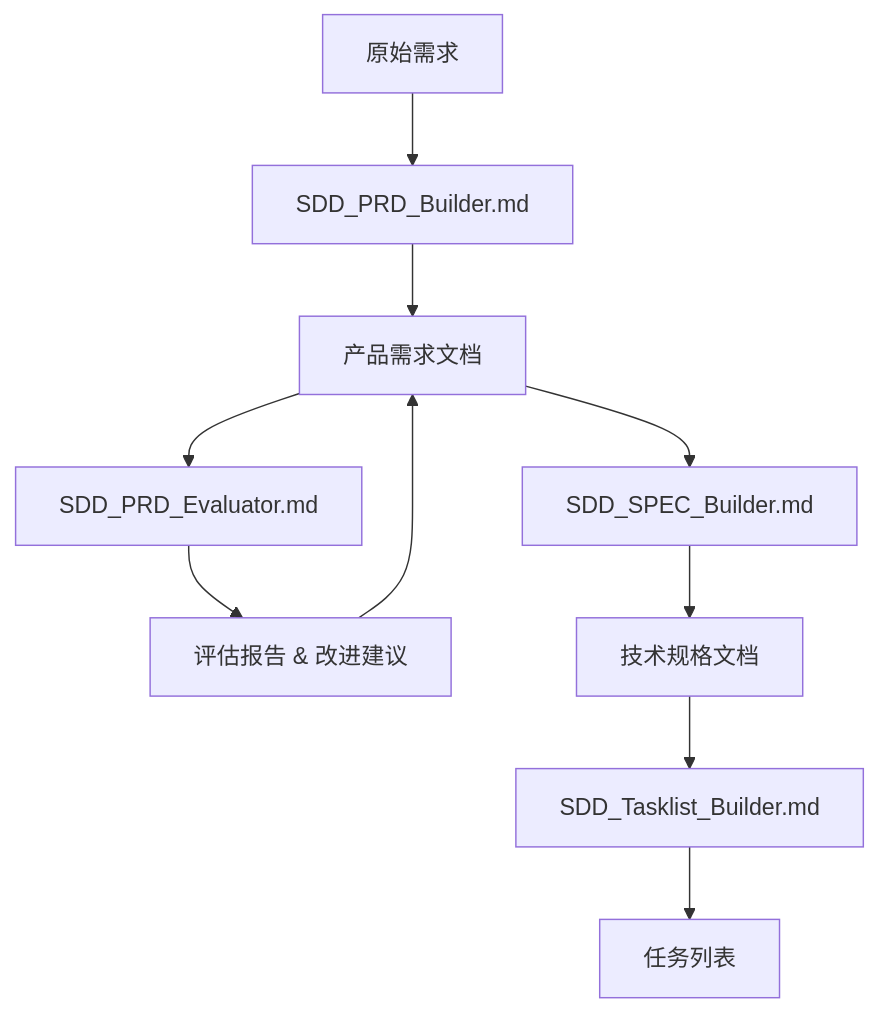
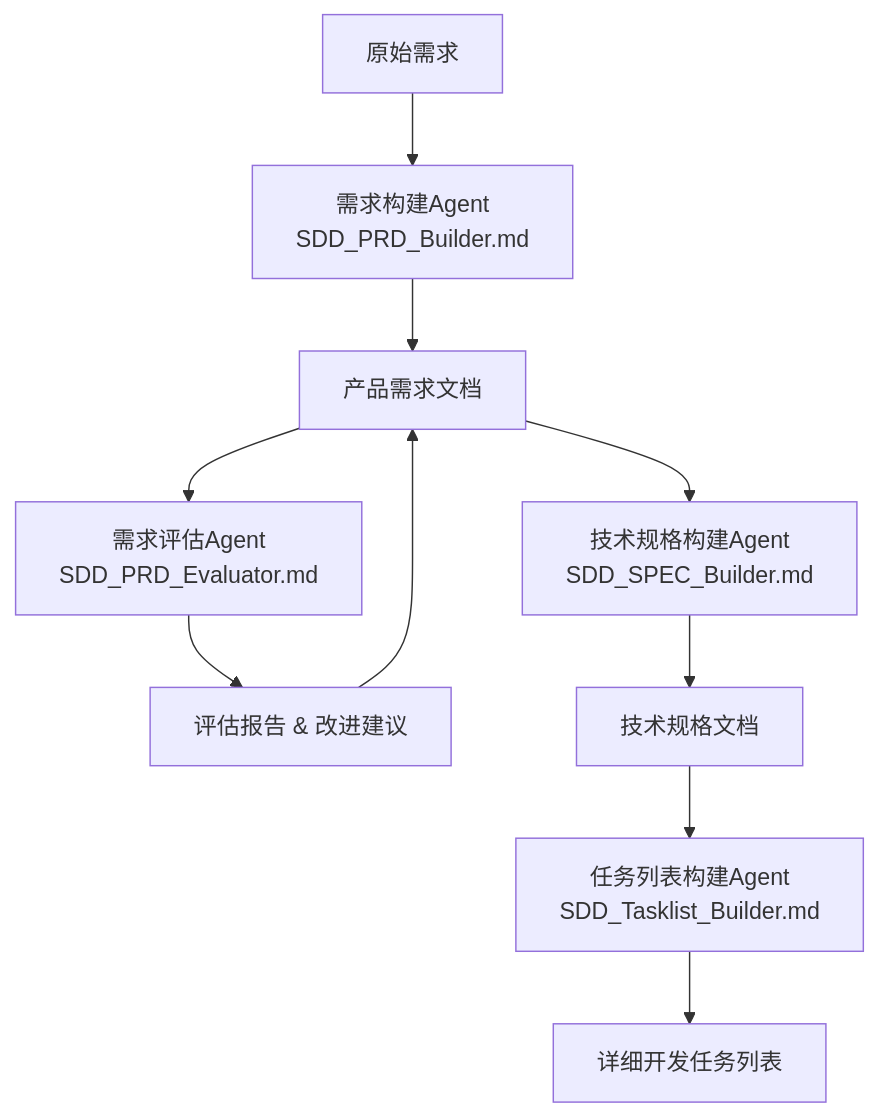
The diagram in README.md (Coldplay-now/SDD-Agent-Prompt), drawn with Mermaid before and after one commit. The commit also changed other lines of this file and 1 other file, not shown here.

````diff
--- a/README.md
+++ b/README.md
@@ -45,13 +49,17 @@
 ```mermaid
 graph TD
-    A[原始需求] --> B[SDD_PRD_Builder.md]
+    A[原始需求] --> B[需求构建Agent
+    SDD_PRD_Builder.md]
     B --> C[产品需求文档]
-    C --> H[SDD_PRD_Evaluator.md]
+    C --> H[需求评估Agent
+    SDD_PRD_Evaluator.md]
     H --> I[评估报告 & 改进建议]
     I --> C
-    C --> D[SDD_SPEC_Builder.md]
+    C --> D[技术规格构建Agent
+    SDD_SPEC_Builder.md]
     D --> E[技术规格文档]
-    E --> F[SDD_Tasklist_Builder.md]
-    F --> G[任务列表]
+    E --> F[任务列表构建Agent
+    SDD_Tasklist_Builder.md]
+    F --> G[详细开发任务列表]
     
 ```
````
